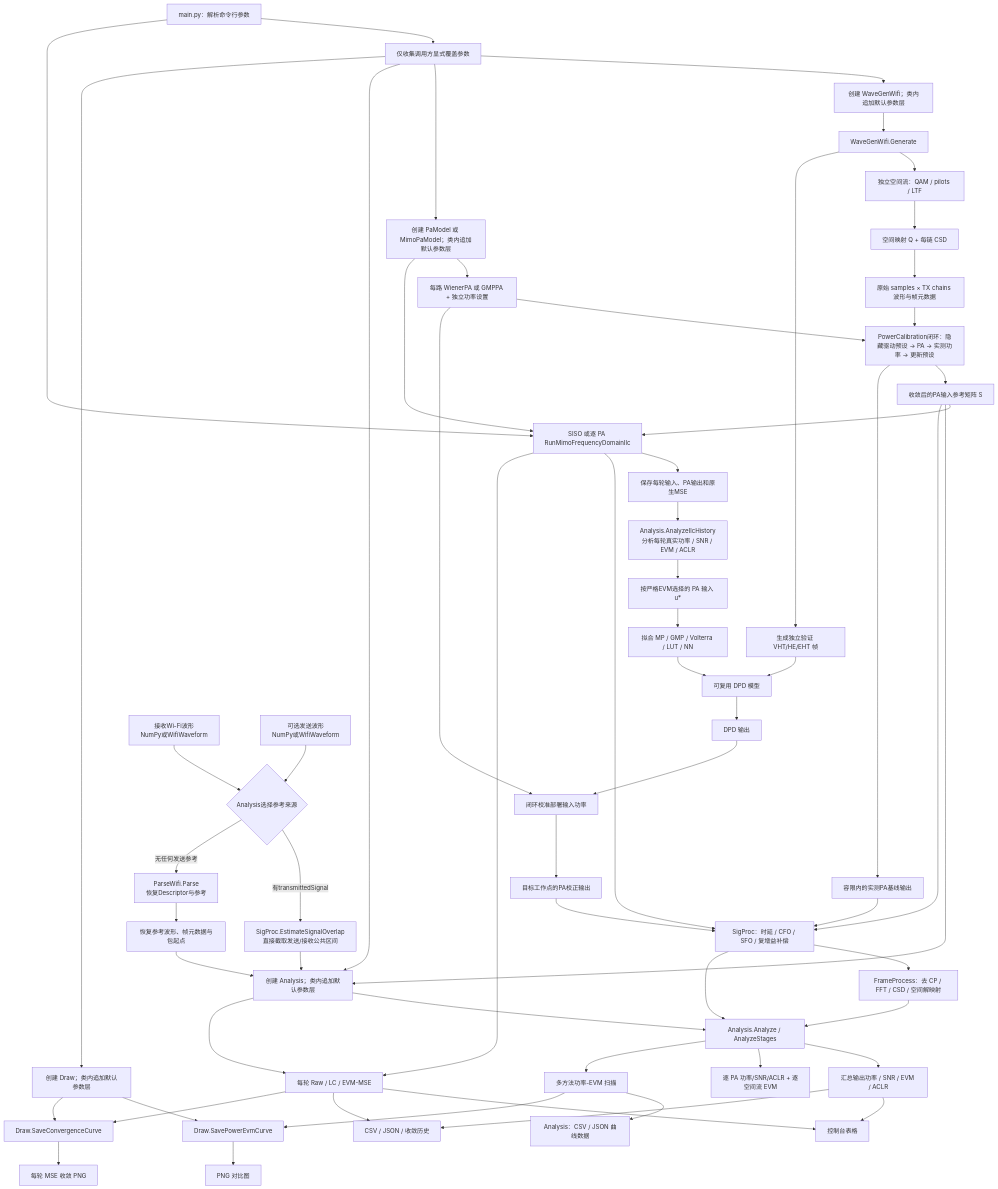
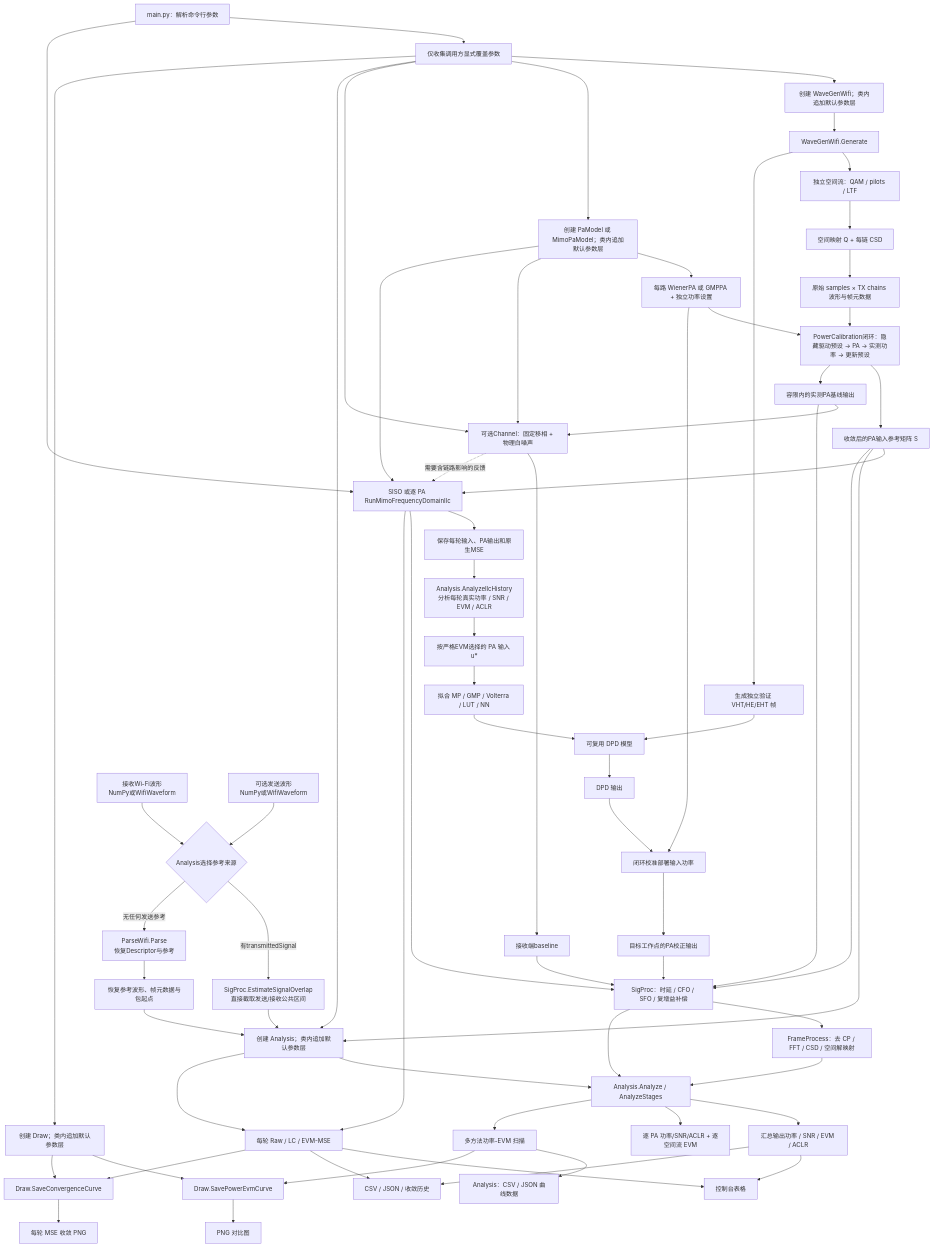
One commit to niyilu45/DPD_ILC changed the second of 18 diagrams in README.md. Above: the diagram before and after it, drawn with Mermaid. The commit also changed other lines of this file and 18 other files, not shown here.

````diff
--- a/README.md
+++ b/README.md
@@ -139,69 +156,75 @@
 ```mermaid
 flowchart TD
     start["main.py：解析命令行参数"] --> overrideMap["仅收集调用方显式覆盖参数"]
     overrideMap --> wifiGenerator["创建 WaveGenWifi；类内追加默认参数层"]
     wifiGenerator --> waveGenWifi["WaveGenWifi.Generate"]
     waveGenWifi --> streams["独立空间流：QAM / pilots / LTF"]
     streams --> spatialMap["空间映射 Q + 每链 CSD"]
     spatialMap --> rawReference["原始 samples × TX chains 波形与帧元数据"]
 
     overrideMap --> paModel["创建 PaModel 或 MimoPaModel；类内追加默认参数层"]
     paModel --> paImplementation["每路 WienerPA 或 GMPPA + 独立功率设置"]
     rawReference --> powerCalibration["PowerCalibration闭环：隐藏驱动预设 → PA → 实测功率 → 更新预设"]
     paImplementation --> powerCalibration
     powerCalibration --> reference["收敛后的PA输入参考矩阵 S"]
     powerCalibration --> calibratedBaseline["容限内的实测PA基线输出"]
+    overrideMap --> channel["可选Channel：固定移相 + 物理白噪声"]
+    paModel --> channel
+    calibratedBaseline --> channel
+    channel --> receivedBaseline["接收端baseline"]
 
     start --> frequencyIlc["SISO 或逐 PA RunMimoFrequencyDomainIlc"]
     reference --> frequencyIlc
     paModel --> frequencyIlc
+    channel -. "需要含链路影响的反馈" .-> frequencyIlc
 
     frequencyIlc --> nativeHistory["保存每轮输入、PA输出和原生MSE"]
     nativeHistory --> ilcAnalysis["Analysis.AnalyzeIlcHistory<br/>分析每轮真实功率 / SNR / EVM / ACLR"]
     ilcAnalysis --> learnedInput["按严格EVM选择的 PA 输入 u*"]
     learnedInput --> deployFit["拟合 MP / GMP / Volterra / LUT / NN"]
     deployFit --> deployedDpd["可复用 DPD 模型"]
 
     waveGenWifi --> validation["生成独立验证 VHT/HE/EHT 帧"]
     validation --> deployedDpd
     deployedDpd --> predistortedInput["DPD 输出"]
     predistortedInput --> deploymentCalibration["闭环校准部署输入功率"]
     paImplementation --> deploymentCalibration
     deploymentCalibration --> correctedOutput["目标工作点的PA校正输出"]
 
     receiveCapture["接收Wi-Fi波形<br/>NumPy或WifiWaveform"] --> analysisMode{"Analysis选择参考来源"}
     optionalTransmit["可选发送波形<br/>NumPy或WifiWaveform"] --> analysisMode
     analysisMode -->|有transmittedSignal| overlap["SigProc.EstimateSignalOverlap<br/>直接截取发送/接收公共区间"]
     analysisMode -->|无任何发送参考| parser["ParseWifi.Parse<br/>恢复Descriptor与参考"]
     overlap --> analysis
     parser --> parsedContext["恢复参考波形、帧元数据与包起点"]
     parsedContext --> analysis
 
     overrideMap --> analysis["创建 Analysis；类内追加默认参数层"]
     reference --> analysis
     reference --> sigProc["SigProc：时延 / CFO / SFO / 复增益补偿"]
     calibratedBaseline --> sigProc
+    receivedBaseline --> sigProc
     frequencyIlc --> sigProc
     correctedOutput --> sigProc
     sigProc --> frameProcess["FrameProcess：去 CP / FFT / CSD / 空间解映射"]
     sigProc --> analysisMethod["Analysis.Analyze / AnalyzeStages"]
     frameProcess --> analysisMethod
     analysis --> analysisMethod
     analysisMethod --> metrics["汇总输出功率 / SNR / EVM / ACLR"]
     analysisMethod --> mimoMetrics["逐 PA 功率/SNR/ACLR + 逐空间流 EVM"]
     analysisMethod --> powerCurve["多方法功率-EVM 扫描"]
     metrics --> console["控制台表格"]
     metrics --> files["CSV / JSON / 收敛历史"]
     frequencyIlc --> iterationMse["每轮 Raw / LC / EVM-MSE"]
     analysis --> iterationMse
     iterationMse --> console
     iterationMse --> files
     powerCurve --> curveData["Analysis：CSV / JSON 曲线数据"]
     overrideMap --> draw["创建 Draw；类内追加默认参数层"]
     powerCurve --> drawMethod["Draw.SavePowerEvmCurve"]
     draw --> drawMethod
     drawMethod --> curveFigure["PNG 对比图"]
     iterationMse --> convergenceDraw["Draw.SaveConvergenceCurve"]
     draw --> convergenceDraw
     convergenceDraw --> convergenceFigure["每轮 MSE 收敛 PNG"]
 ```
````
